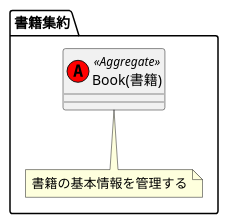
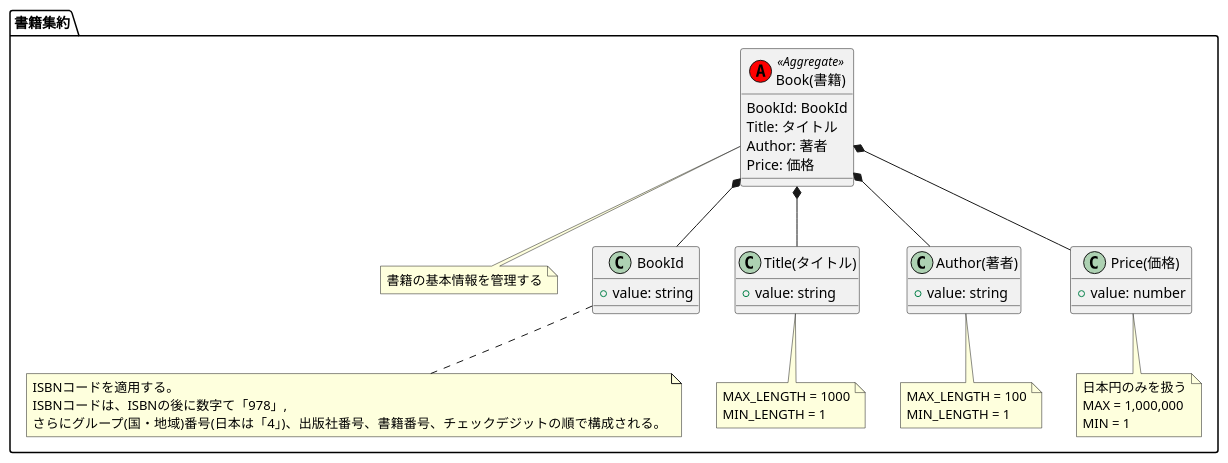
The diagram in CatalogService/Domain/models/Book/Book.pu (neko-no/ddd-typpescritp), drawn with PlantUML before and after one commit. The commit also changed 1 other file, not shown here.

Commit message:
feat: 必要なインプットの特定

```diff
--- a/CatalogService/Domain/models/Book/Book.pu
+++ b/CatalogService/Domain/models/Book/Book.pu
@@ -1,9 +1,58 @@
 package "書籍集約" {
     ' 1. 集約とポリシーの表現
-    class "Book(書籍)" as Book << (A,red) Aggregate >> {}
+    class "Book(書籍)" as Book << (A,red) Aggregate >> {
+        BookId: BookId
+        Title: タイトル
+        Author: 著者
+        Price: 価格
+    }
 
     ' 2. ビジネスルールの具体化
     note bottom of Book
         書籍の基本情報を管理する
     end note
+
+    ' 3. 必要なインプットの特定
+    class "BookId" as BookId {
+        + value: string
+    }
+
+    class "Title(タイトル)" as Title {
+        + value: string
+    }
+
+    class "Author(著者)" as Author {
+        + value: string
+    }
+
+    class "Price(価格)" as Price {
+        + value: number
+    }
+
+    note bottom of BookId
+        ISBNコードを適用する。
+        ISBNコードは、ISBNの後に数字て「978」,
+        さらにグループ(国・地域)番号(日本は「4」)、出版社番号、書籍番号、チェックデジットの順で構成される。
+    end note
+
+    note bottom of Title
+        MAX_LENGTH = 1000
+        MIN_LENGTH = 1
+    end note
+
+    note bottom of Author
+        MAX_LENGTH = 100
+        MIN_LENGTH = 1
+    end note
+
+    note bottom of Price
+        日本円のみを扱う
+        MAX = 1,000,000
+        MIN = 1
+    end note
+
+    Book *-- BookId
+    Book *-- Title
+    Book *-- Author
+    Book *-- Price
 }
```
